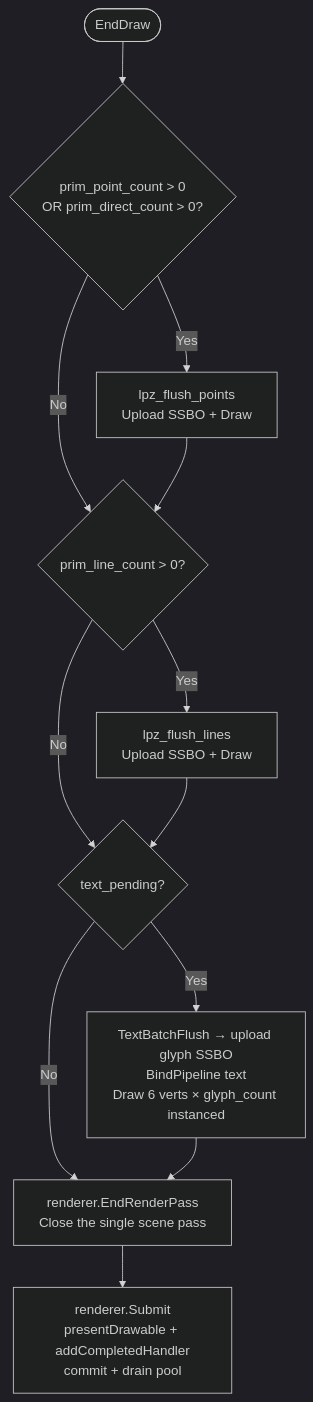
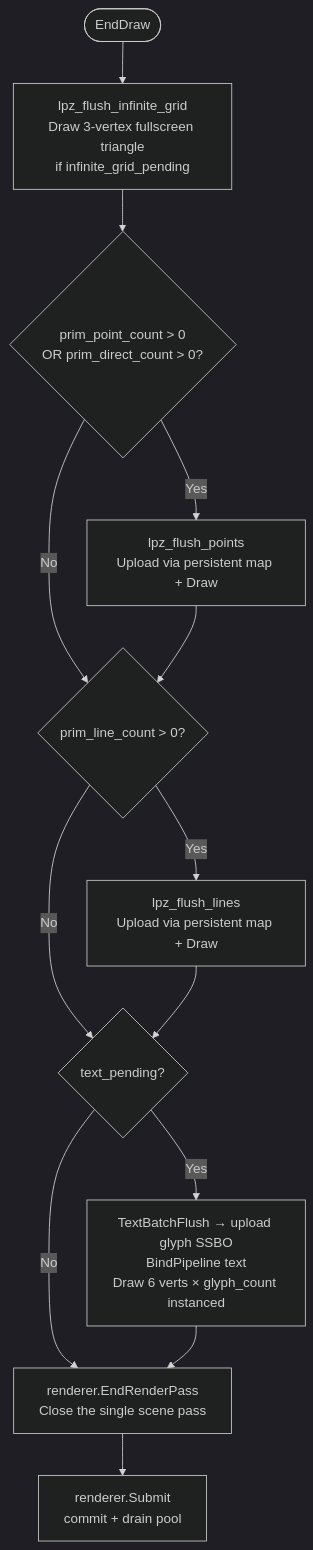
Diagram 14 of 19 in README.md (UlizesR/Lapiz), drawn with Mermaid (dark theme) before and after one commit. The commit also changed other lines of this file and 12 other files, not shown here.

````diff
--- a/README.md
+++ b/README.md
@@ -624,14 +651,15 @@
 ```mermaid
 flowchart TD
-    ED([EndDraw]) --> FP{prim_point_count > 0\nOR prim_direct_count > 0?}
-    FP -- Yes --> LP[lpz_flush_points\nUpload SSBO + Draw]
+    ED([EndDraw]) --> IG[lpz_flush_infinite_grid\nDraw 3-vertex fullscreen triangle\nif infinite_grid_pending]
+    IG --> FP{prim_point_count > 0\nOR prim_direct_count > 0?}
+    FP -- Yes --> LP[lpz_flush_points\nUpload via persistent map + Draw]
     FP -- No --> FL
     LP --> FL{prim_line_count > 0?}
-    FL -- Yes --> LL[lpz_flush_lines\nUpload SSBO + Draw]
+    FL -- Yes --> LL[lpz_flush_lines\nUpload via persistent map + Draw]
     FL -- No --> TP
     LL --> TP{text_pending?}
     TP -- Yes --> TF[TextBatchFlush → upload glyph SSBO\nBindPipeline text\nDraw 6 verts × glyph_count instanced]
     TP -- No --> ER
     TF --> ER[renderer.EndRenderPass\nClose the single scene pass]
-    ER --> SUB[renderer.Submit\npresentDrawable + addCompletedHandler\ncommit + drain pool]
+    ER --> SUB[renderer.Submit\ncommit + drain pool]
 ```
````
